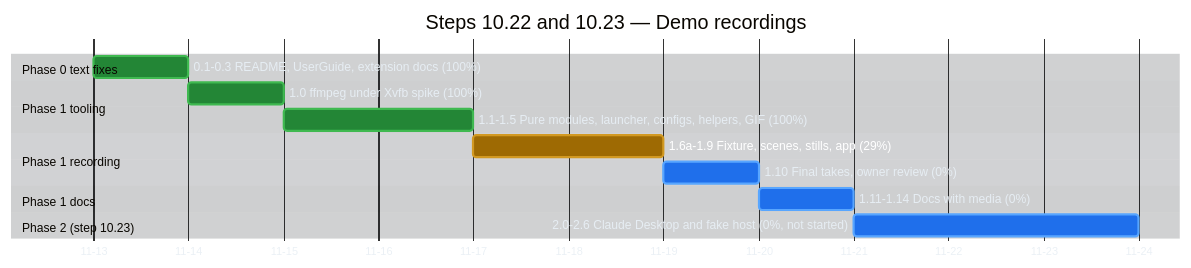
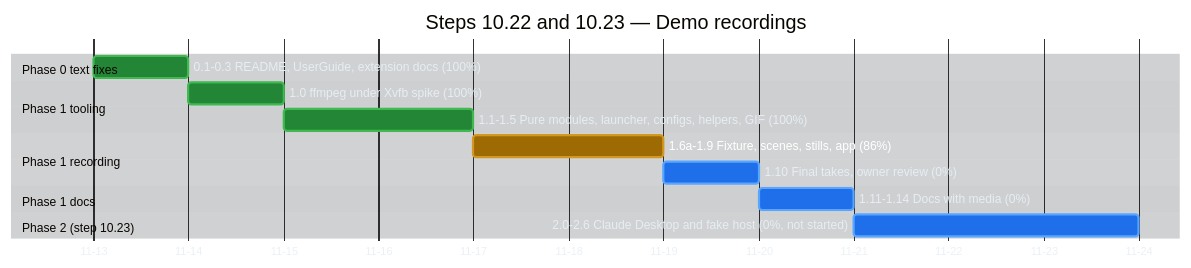
Before and after one commit to raulkivi/agent-cost-analyzer: the second of 4 diagrams in docs/implementation-plan-gantt.md, drawn with Mermaid. The commit also changed other lines of this file and 1 other file, not shown here.

````diff
--- a/docs/implementation-plan-gantt.md
+++ b/docs/implementation-plan-gantt.md
@@ -135,51 +135,51 @@
 ```mermaid
 %%{init: {
   "theme": "base",
   "themeVariables": {
     "darkMode": true,
     "background": "#0d1117",
     "textColor": "#e6edf3",
     "primaryTextColor": "#e6edf3",
     "lineColor": "#8b949e",
     "sectionBkgColor": "#161b22",
     "sectionBkgColor2": "#1c2129",
     "altSectionBkgColor": "#0d1117",
     "gridColor": "#30363d",
     "excludeBkgColor": "#161b22",
     "todayLineColor": "#f85149",
     "taskBkgColor": "#1f6feb",
     "taskBorderColor": "#58a6ff",
     "taskTextColor": "#ffffff",
     "taskTextLightColor": "#ffffff",
     "taskTextDarkColor": "#ffffff",
     "taskTextOutsideColor": "#e6edf3",
     "doneTaskBkgColor": "#238636",
     "doneTaskBorderColor": "#3fb950",
     "activeTaskBkgColor": "#9e6a03",
     "activeTaskBorderColor": "#d29922",
     "critBkgColor": "#da3633",
     "critBorderColor": "#f85149"
   }
 }}%%
 gantt
     title Steps 10.22 and 10.23 — Demo recordings
     dateFormat YYYY-MM-DD
     axisFormat %m-%d
 
     section Phase 0 text fixes
     0.1-0.3 README, UserGuide, extension docs (100%) :done, d0, 2026-11-13, 1d
 
     section Phase 1 tooling
     1.0 ffmpeg under Xvfb spike (100%)              :done, d10, after d0, 1d
     1.1-1.5 Pure modules, launcher, configs, helpers, GIF (100%) :done, d11, after d10, 2d
 
     section Phase 1 recording
-    1.6a-1.9 Fixture, scenes, stills, app (29%)     :active, d16, after d11, 2d
+    1.6a-1.9 Fixture, scenes, stills, app (86%)     :active, d16, after d11, 2d
     1.10 Final takes, owner review (0%)            :d110, after d16, 1d
 
     section Phase 1 docs
     1.11-1.14 Docs with media (0%)                 :d111, after d110, 1d
 
     section Phase 2 (step 10.23)
     2.0-2.6 Claude Desktop and fake host (0%, not started) :d20, after d111, 3d
 ```
````
